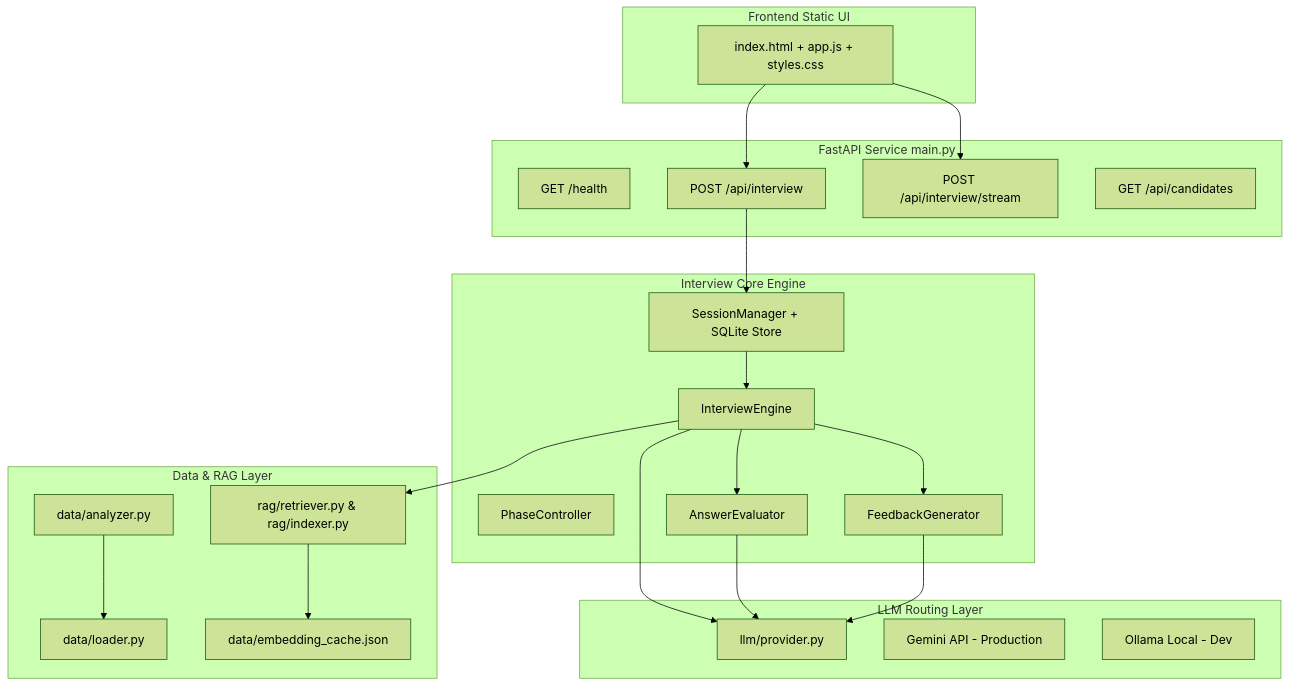
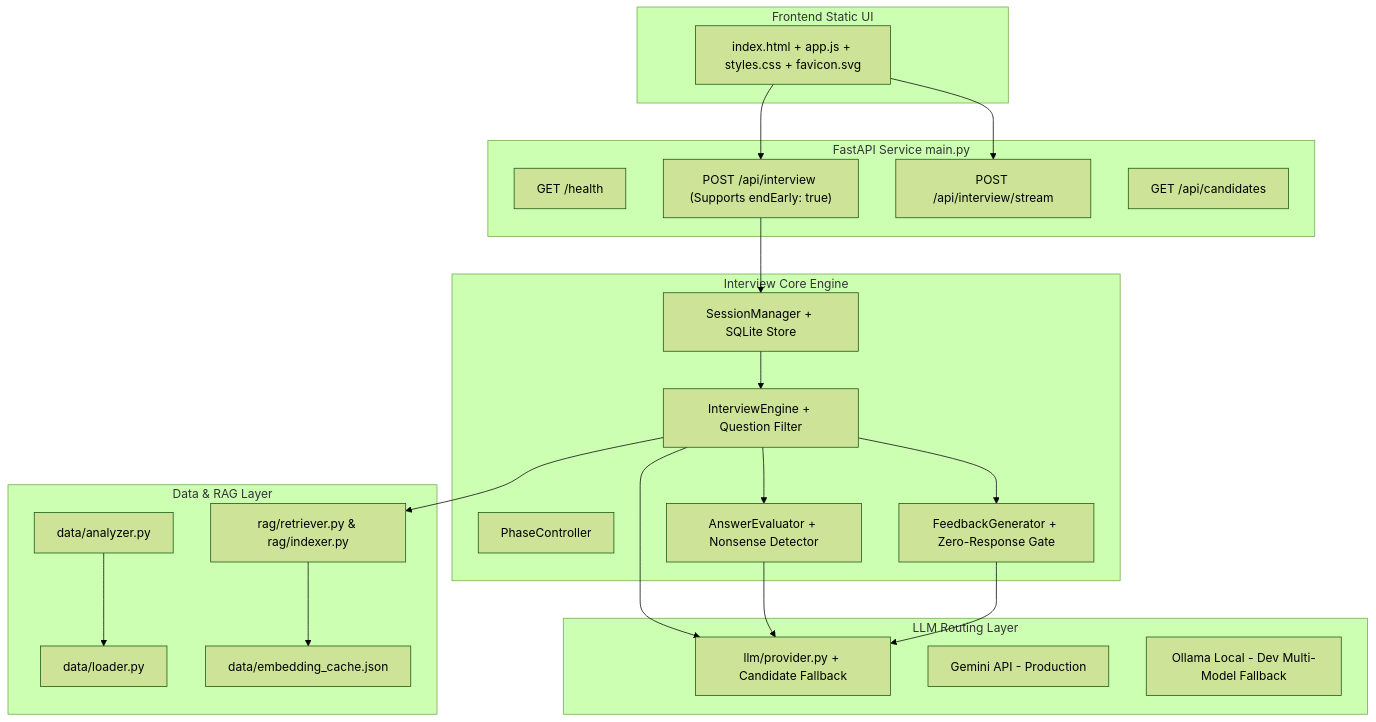
One commit to inusha-thathsara/Vibecodathin---Personalized-Interview-Preparation-Agent changed the diagram in README.md. Above: the diagram before and after it, drawn with Mermaid (forest theme). The commit also changed other lines of this file and 1 other file, not shown here.

Commit message:
docs: Update README.md and technical-spec.md with complete feature documentation, early termination, zero-response safeguards, and API contracts

````diff
--- a/README.md
+++ b/README.md
@@ -29,47 +34,47 @@
 ```mermaid
 graph TD
     subgraph Frontend [Frontend Static UI]
-        UI[index.html + app.js + styles.css]
+        UI[index.html + app.js + styles.css + favicon.svg]
     end
 
     subgraph API [FastAPI Service main.py]
         Health["GET /health"]
-        Interview["POST /api/interview"]
+        Interview["POST /api/interview (Supports endEarly: true)"]
         Stream["POST /api/interview/stream"]
         Candidates["GET /api/candidates"]
     end
 
     subgraph Core [Interview Core Engine]
         SM[SessionManager + SQLite Store]
         Phases[PhaseController]
-        Engine[InterviewEngine]
-        Evaluator[AnswerEvaluator]
-        Feedback[FeedbackGenerator]
+        Engine[InterviewEngine + Question Filter]
+        Evaluator[AnswerEvaluator + Nonsense Detector]
+        Feedback[FeedbackGenerator + Zero-Response Gate]
     end
 
     subgraph Data [Data & RAG Layer]
         Loader[data/loader.py]
         Analyzer[data/analyzer.py]
         RAG[rag/retriever.py & rag/indexer.py]
         EmbedCache[data/embedding_cache.json]
     end
 
     subgraph LLM [LLM Routing Layer]
-        Provider[llm/provider.py]
+        Provider[llm/provider.py + Candidate Fallback]
         Gemini[Gemini API - Production]
-        Ollama[Ollama Local - Dev]
+        Ollama[Ollama Local - Dev Multi-Model Fallback]
     end
 
     UI --> Interview
     UI --> Stream
     Interview --> SM
     SM --> Engine
     Engine --> Evaluator
     Engine --> RAG
     RAG --> EmbedCache
     Engine --> Provider
     Evaluator --> Provider
     Feedback --> Provider
     Engine --> Feedback
     Analyzer --> Loader
 ```
````
